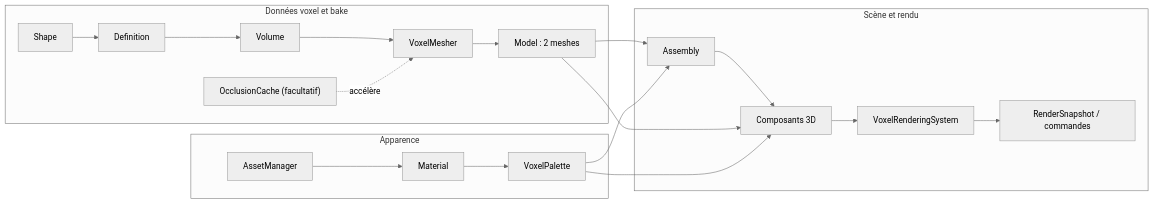
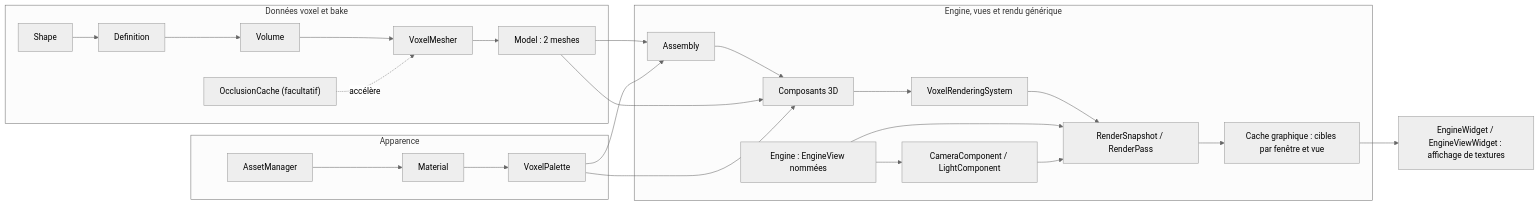
One commit to EreliaStudio/Sparkle changed the first of 9 diagrams in docs/voxel-engine-v0.1.4-specification.md. Above: the diagram before and after it, drawn with Mermaid (neutral theme). The commit also changed other lines of this file, not shown here.

Commit message:
docs: align diagrams, snapshots, EngineView cache and widget responsibilities

````diff
--- a/docs/voxel-engine-v0.1.4-specification.md
+++ b/docs/voxel-engine-v0.1.4-specification.md
@@ -11,30 +11,38 @@
 ```mermaid
 flowchart LR
   subgraph G["Données voxel et bake"]
     S["Shape"]
     D["Definition"]
     V["Volume"]
     M["VoxelMesher"]
     O["OcclusionCache (facultatif)"]
     Model["Model : 2 meshes"]
     S --> D --> V --> M --> Model
     O -. "accélère" .-> M
   end
   subgraph A["Apparence"]
     AM["AssetManager"]
     Mat["Material"]
     Palette["VoxelPalette"]
     AM --> Mat --> Palette
   end
-  subgraph R["Scène et rendu"]
+  subgraph R["Engine, vues et rendu générique"]
     Assembly["Assembly"]
     Components["Composants 3D"]
+    Engine["Engine : EngineView nommées"]
+    Cam["CameraComponent / LightComponent"]
     Sys["VoxelRenderingSystem"]
-    Snapshot["RenderSnapshot / commandes"]
+    Snapshot["RenderSnapshot / RenderPass"]
+    Targets["Cache graphique : cibles par fenêtre et vue"]
     Assembly --> Components --> Sys --> Snapshot
+    Engine --> Cam
+    Engine --> Snapshot
+    Cam --> Snapshot
+    Snapshot --> Targets
   end
   Model --> Assembly
   Model --> Components
   Palette --> Assembly
   Palette --> Components
+  Targets --> Display["EngineWidget / EngineViewWidget : affichage de textures"]
 ```
````
